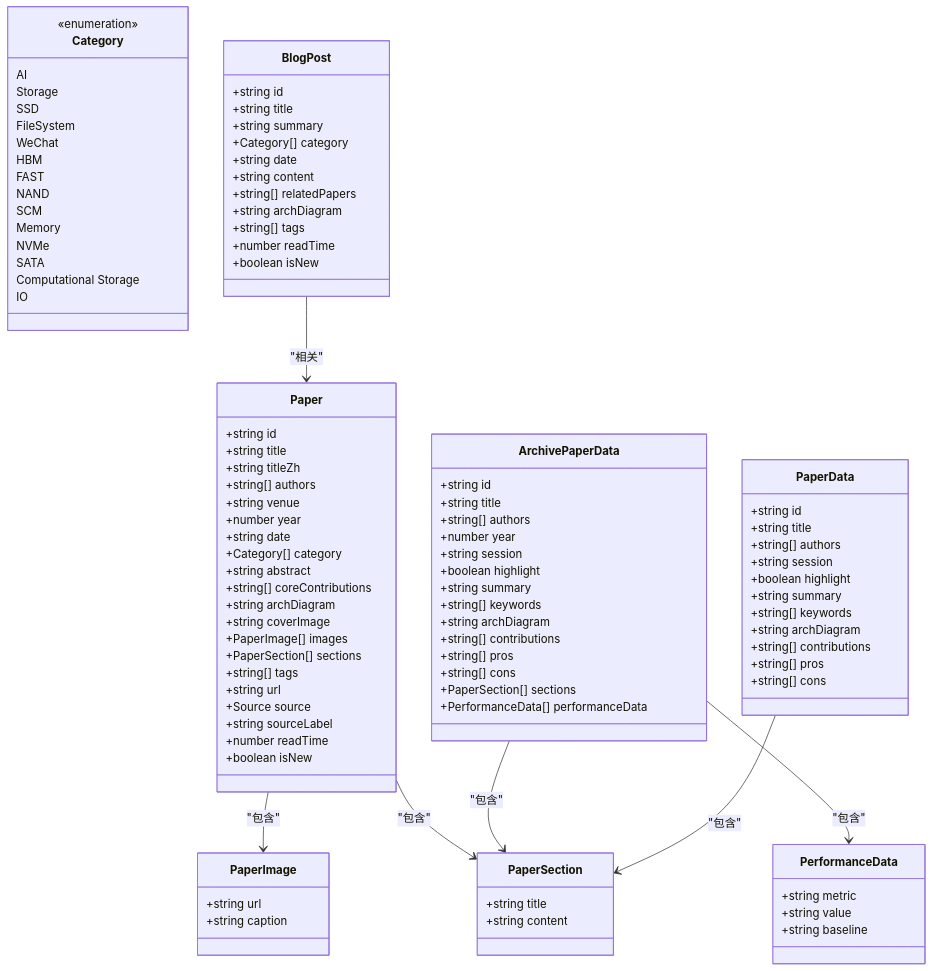
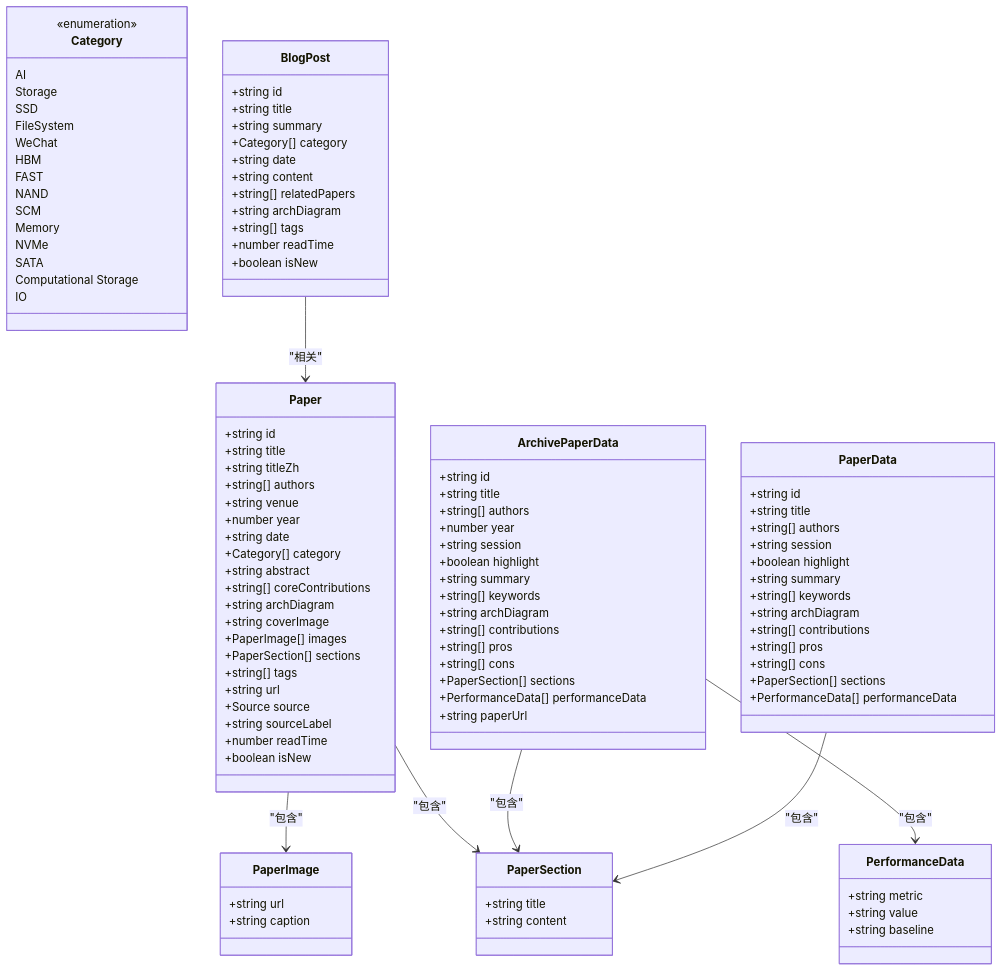
One commit to erikliu123/storage_ai_blog changed the second of 18 diagrams in .qoder/repowiki/zh/content/数据模型/数据模型.md. Above: the diagram before and after it, drawn with Mermaid. The commit also changed other lines of this file and 61 other files, not shown here.

```diff
--- a/.qoder/repowiki/zh/content/数据模型/数据模型.md
+++ b/.qoder/repowiki/zh/content/数据模型/数据模型.md
@@ -192,6 +198,7 @@
 +string[] cons
 +PaperSection[] sections
 +PerformanceData[] performanceData
++string paperUrl
 }
 class PerformanceData {
 +string metric
@@ -210,6 +217,8 @@
 +string[] contributions
 +string[] pros
 +string[] cons
++PaperSection[] sections
++PerformanceData[] performanceData
 }
 Paper --> PaperImage : "包含"
 Paper --> PaperSection : "包含"
```
